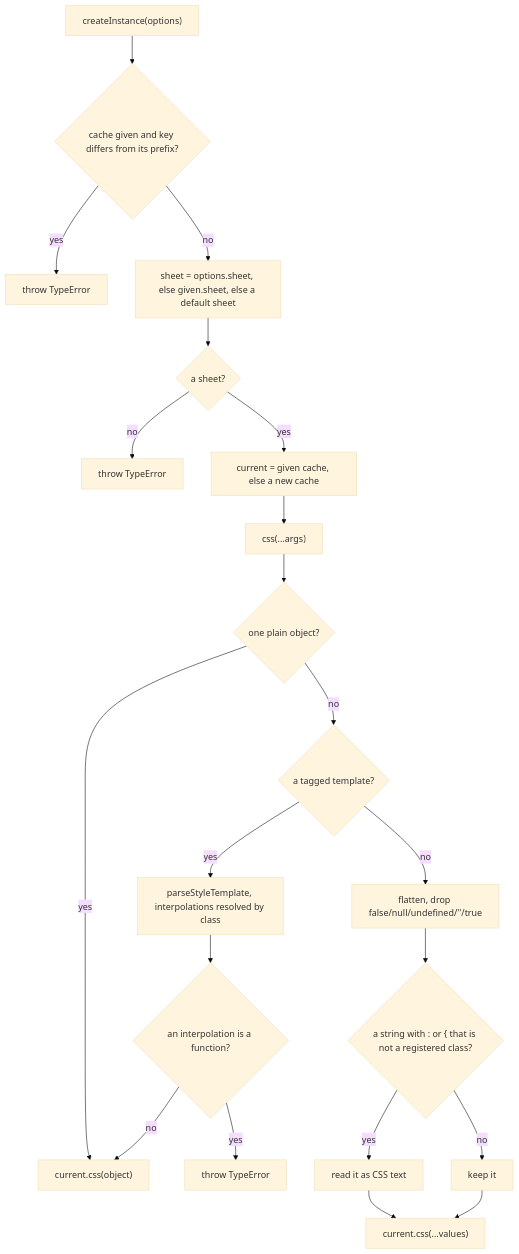
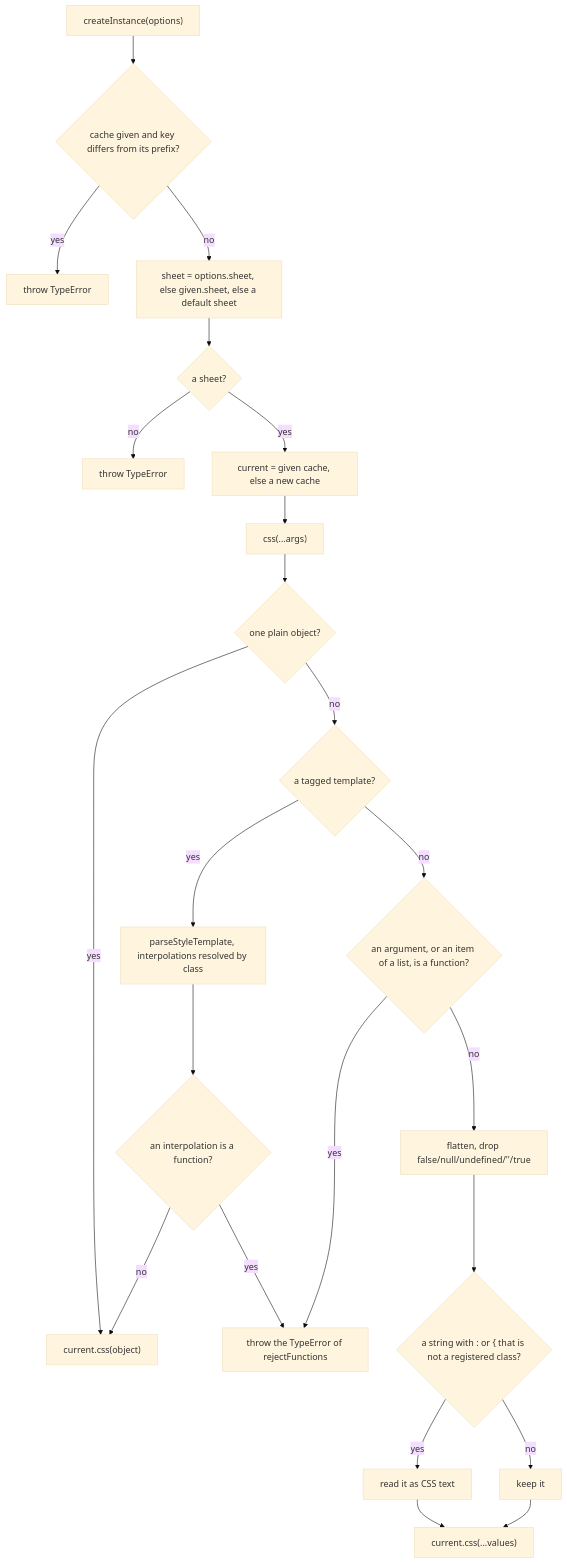
One commit to soroush-tech/umber-style changed the diagram in packages/css/src/createInstance.md. Above: the diagram before and after it, drawn with Mermaid (base theme). The commit also changed other lines of this file and 12 other files, not shown here.

````diff
--- a/packages/css/src/createInstance.md
+++ b/packages/css/src/createInstance.md
@@ -22,23 +22,25 @@
 ```mermaid
 flowchart TD
   opts["createInstance(options)"] --> keyCheck{"cache given and key differs from its prefix?"}
   keyCheck -->|yes| throwKey["throw TypeError"]
   keyCheck -->|no| sheetPick["sheet = options.sheet, else given.sheet, else a default sheet"]
   sheetPick --> hasSheet{"a sheet?"}
   hasSheet -->|no| throwSheet["throw TypeError"]
   hasSheet -->|yes| cur["current = given cache, else a new cache"]
   cur --> cssCall["css(...args)"]
   cssCall --> oneObj{"one plain object?"}
   oneObj -->|yes| direct["current.css(object)"]
   oneObj -->|no| tpl{"a tagged template?"}
   tpl -->|yes| parse["parseStyleTemplate, interpolations resolved by class"]
   parse --> fn{"an interpolation is a function?"}
-  fn -->|yes| throwFn["throw TypeError"]
+  fn -->|yes| throwFn["throw the TypeError of rejectFunctions"]
   fn -->|no| direct
-  tpl -->|no| flat["flatten, drop false/null/undefined/''/true"]
+  tpl -->|no| argFn{"an argument, or an item of a list, is a function?"}
+  argFn -->|yes| throwFn
+  argFn -->|no| flat["flatten, drop false/null/undefined/''/true"]
   flat --> text{"a string with : or { that is not a registered class?"}
   text -->|yes| asStyle["read it as CSS text"]
   text -->|no| keep["keep it"]
   asStyle --> direct2["current.css(...values)"]
   keep --> direct2
 ```
````
